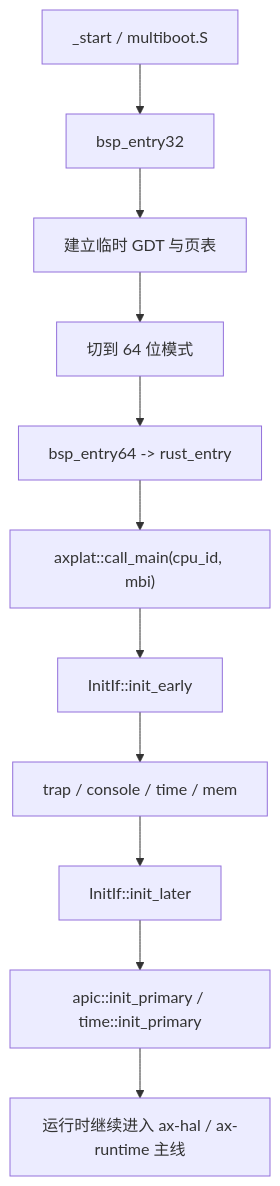
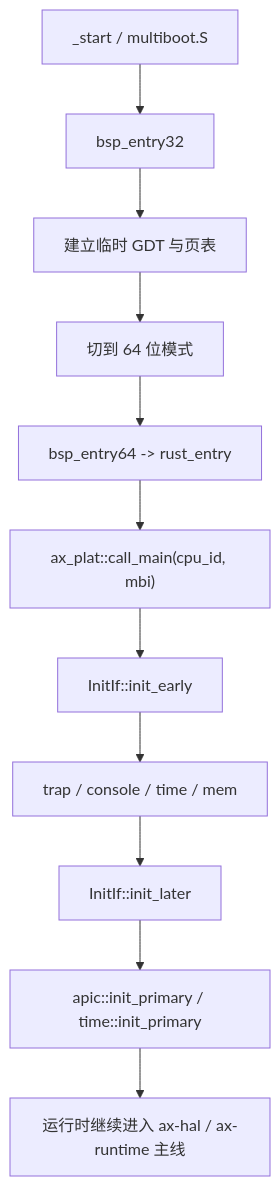
Before and after one commit to zKurisu/tgoskits: the first of 3 diagrams in docs/crates/ax-plat-x86-pc.md, drawn with Mermaid. The commit also changed other lines of this file and 199 other files, not shown here.

Commit message:
rename axplat to ax-plat

````diff
--- a/docs/crates/ax-plat-x86-pc.md
+++ b/docs/crates/ax-plat-x86-pc.md
@@ -46,13 +46,13 @@
 ```mermaid
 flowchart TD
     A["_start / multiboot.S"] --> B["bsp_entry32"]
     B --> C["建立临时 GDT 与页表"]
     C --> D["切到 64 位模式"]
     D --> E["bsp_entry64 -> rust_entry"]
-    E --> F["axplat::call_main(cpu_id, mbi)"]
+    E --> F["ax_plat::call_main(cpu_id, mbi)"]
     F --> G["InitIf::init_early"]
     G --> H["trap / console / time / mem"]
     H --> I["InitIf::init_later"]
     I --> J["apic::init_primary / time::init_primary"]
     J --> K["运行时继续进入 ax-hal / ax-runtime 主线"]
 ```
````
